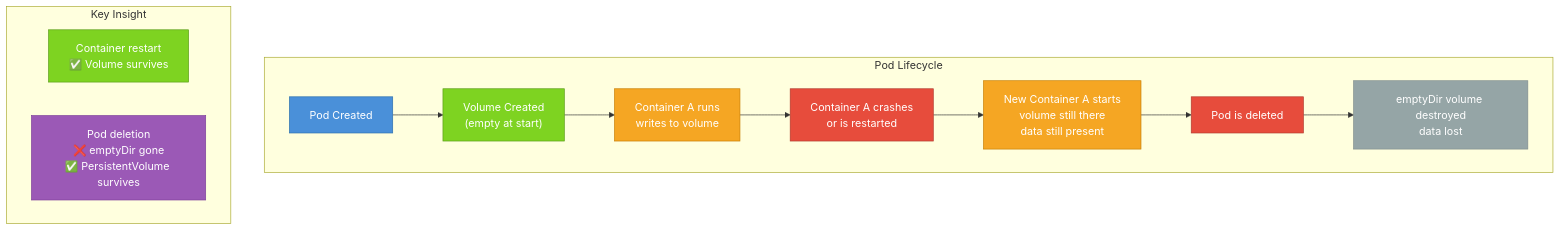
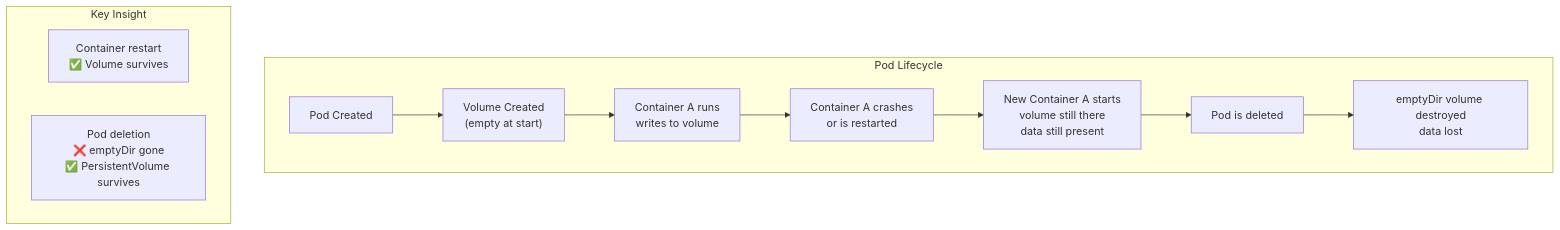
The diagram in src/courses/modules/volumes/01-why-volumes/en/content.md (Antoine-Flo/kube-mastery), drawn with Mermaid before and after one commit. The commit also changed 21 other files, not shown here.

Commit message:
remove diagram styles

````diff
--- a/src/courses/modules/volumes/01-why-volumes/en/content.md
+++ b/src/courses/modules/volumes/01-why-volumes/en/content.md
@@ -75,26 +75,16 @@
 ```mermaid
 graph TD
     subgraph "Pod Lifecycle"
         A["Pod Created"] --> B["Volume Created\n(empty at start)"]
         B --> C["Container A runs\nwrites to volume"]
         C --> D["Container A crashes\nor is restarted"]
         D --> E["New Container A starts\nvolume still there\ndata still present"]
         E --> F["Pod is deleted"]
         F --> G["emptyDir volume destroyed\ndata lost"]
     end
 
     subgraph "Key Insight"
         H["Container restart\n✅ Volume survives"]
         I["Pod deletion\n❌ emptyDir gone\n✅ PersistentVolume survives"]
     end
-
-    style A fill:#4A90D9,color:#fff,stroke:#2c6fad
-    style B fill:#7ED321,color:#fff,stroke:#5a9c18
-    style C fill:#F5A623,color:#fff,stroke:#c77d00
-    style D fill:#E74C3C,color:#fff,stroke:#b03a2e
-    style E fill:#F5A623,color:#fff,stroke:#c77d00
-    style F fill:#E74C3C,color:#fff,stroke:#b03a2e
-    style G fill:#95A5A6,color:#fff,stroke:#7f8c8d
-    style H fill:#7ED321,color:#fff,stroke:#5a9c18
-    style I fill:#9B59B6,color:#fff,stroke:#7d3f9a
 ```
````
